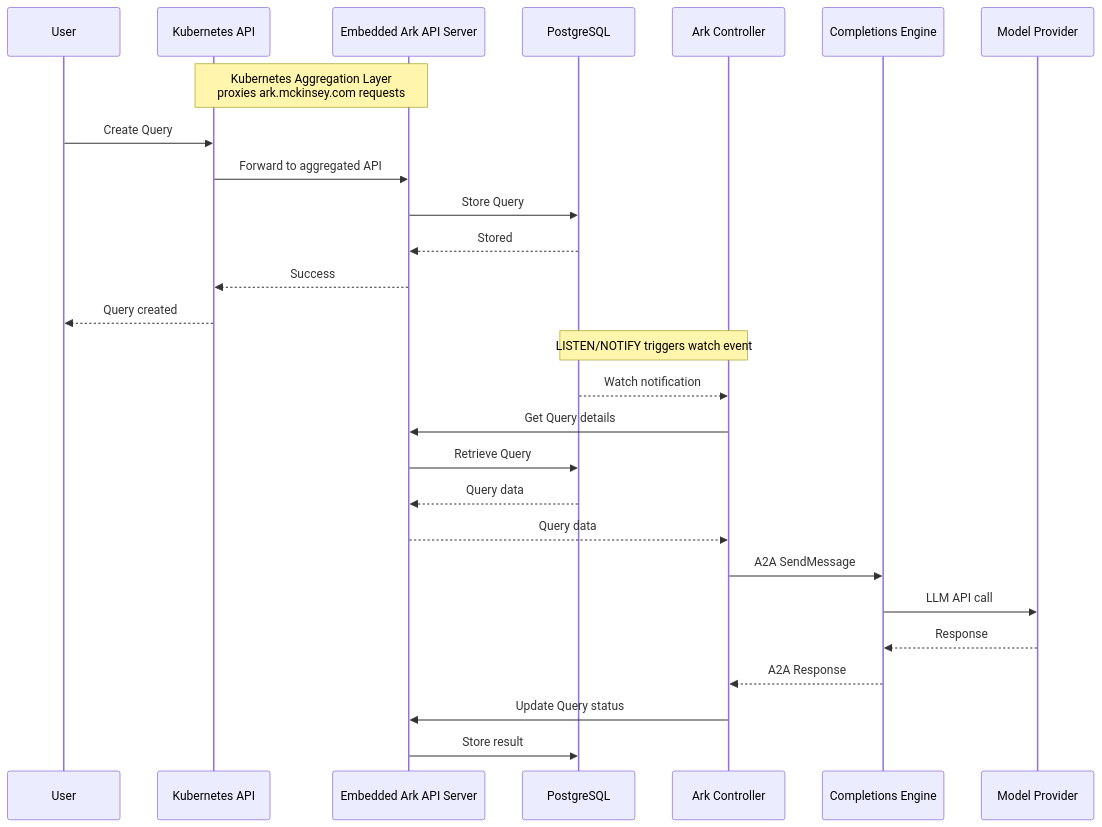
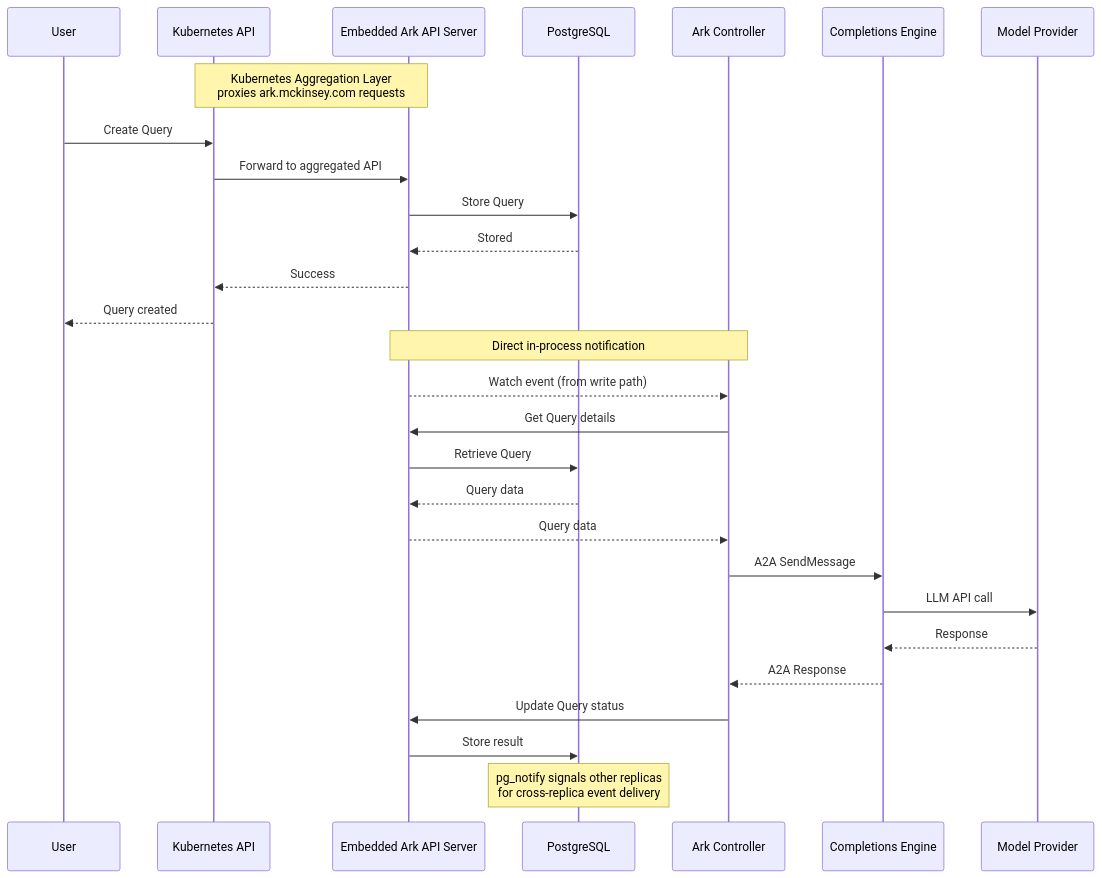
The second of 4 diagrams in docs/content/reference/core-architecture.mdx (moeinghaeini/agents-at-scale-ark), drawn with Mermaid before and after one commit. The commit also changed other lines of this file and 27 other files, not shown here.

````diff
--- a/docs/content/reference/core-architecture.mdx
+++ b/docs/content/reference/core-architecture.mdx
@@ -78,33 +78,35 @@
 ```mermaid
 sequenceDiagram
     participant User
     participant KubeAPI as Kubernetes API
     participant ArkAPI as Embedded Ark API Server
     participant ArkDB as PostgreSQL
     participant Controller as Ark Controller
     participant Engine as Completions Engine
     participant Model as Model Provider
 
     Note over KubeAPI,ArkAPI: Kubernetes Aggregation Layer<br/>proxies ark.mckinsey.com requests
 
     User->>KubeAPI: Create Query
     KubeAPI->>ArkAPI: Forward to aggregated API
     ArkAPI->>ArkDB: Store Query
     ArkDB-->>ArkAPI: Stored
     ArkAPI-->>KubeAPI: Success
     KubeAPI-->>User: Query created
 
-    Note over ArkDB,Controller: LISTEN/NOTIFY triggers watch event
+    Note over ArkAPI,Controller: Direct in-process notification
 
-    ArkDB-->>Controller: Watch notification
+    ArkAPI-->>Controller: Watch event (from write path)
     Controller->>ArkAPI: Get Query details
     ArkAPI->>ArkDB: Retrieve Query
     ArkDB-->>ArkAPI: Query data
     ArkAPI-->>Controller: Query data
     Controller->>Engine: A2A SendMessage
     Engine->>Model: LLM API call
     Model-->>Engine: Response
     Engine-->>Controller: A2A Response
     Controller->>ArkAPI: Update Query status
     ArkAPI->>ArkDB: Store result
+
+    Note over ArkDB: pg_notify signals other replicas<br/>for cross-replica event delivery
 ```
````
